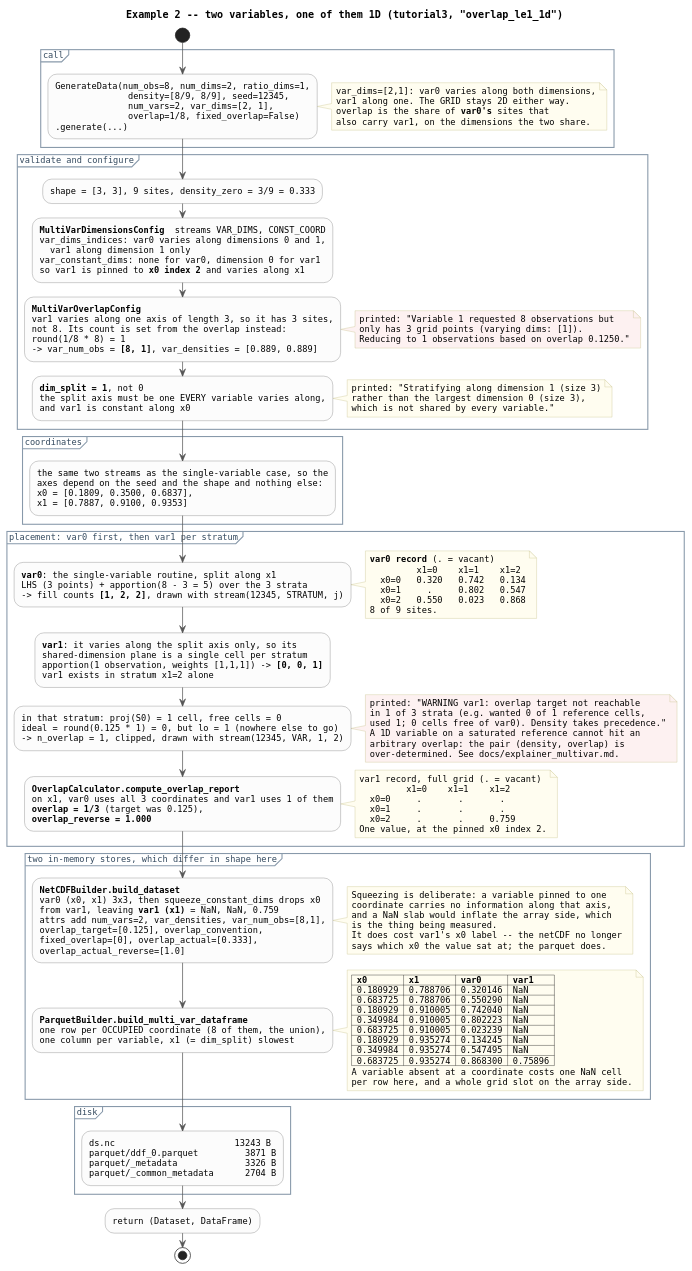
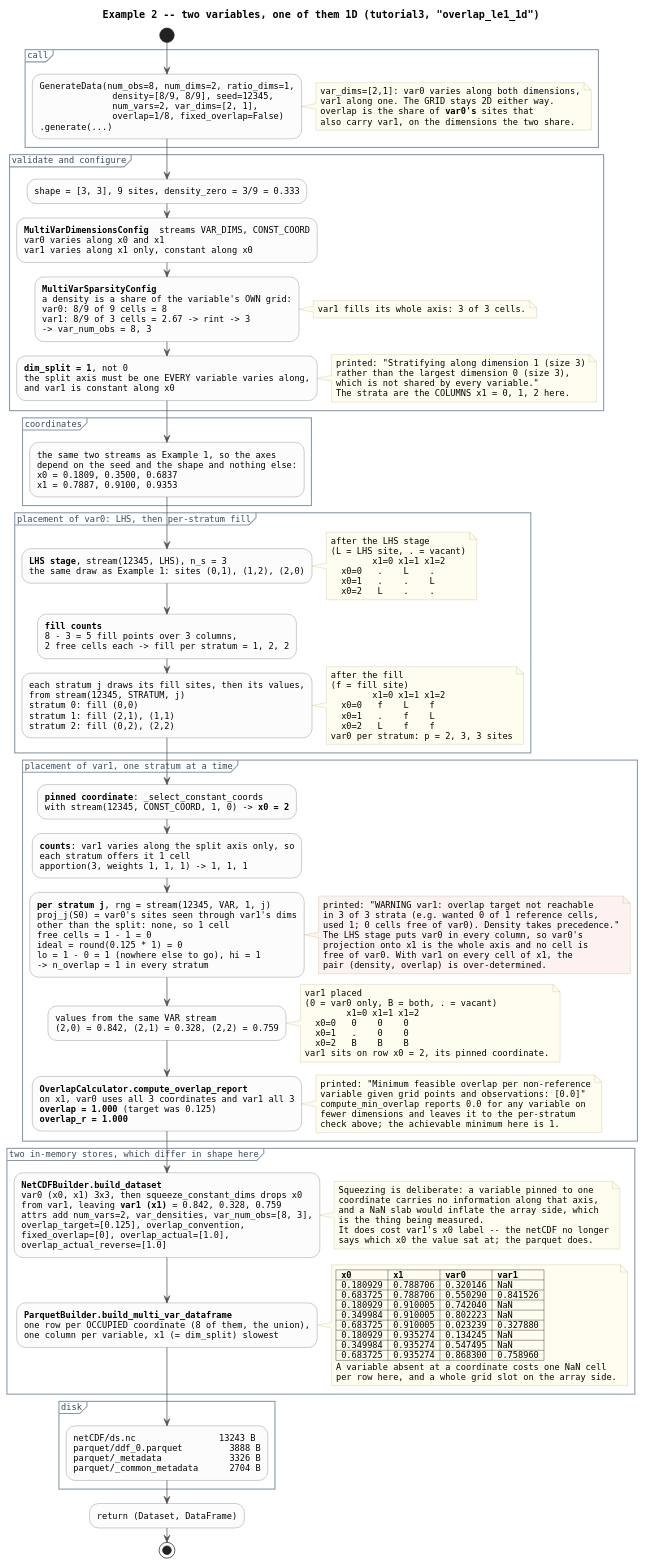
The diagram in docs/dataflow_example_multi_var.puml (boom-lab/tabray), drawn with PlantUML before and after one commit. The commit also changed 11 other files, not shown here.

Commit message:
update puml diagrams and add related notebooks

```diff
--- a/docs/dataflow_example_multi_var.puml
+++ b/docs/dataflow_example_multi_var.puml
@@ -2,6 +2,7 @@
 ' Worked example: notebooks/tutorial3.ipynb, case "overlap_le1_1d".
 ' Two variables on one 3x3 grid, the second varying along one dimension.
 ' Every number here is from an actual run of that case.
+' Grids: rows x0, columns x1, in index space.
 ' Render: plantuml docs/dataflow_example_multi_var.puml
 
 title Example 2 -- two variables, one of them 1D (tutorial3, "overlap_le1_1d")
@@ -44,20 +45,16 @@
   :shape = [3, 3], 9 sites, density_zero = 3/9 = 0.333;
 
   :<b>MultiVarDimensionsConfig</b>  streams VAR_DIMS, CONST_COORD
-  var_dims_indices: var0 varies along dimensions 0 and 1,
-    var1 along dimension 1 only
-  var_constant_dims: none for var0, dimension 0 for var1
-  so var1 is pinned to <b>x0 index 2</b> and varies along x1;
+  var0 varies along x0 and x1
+  var1 varies along x1 only, constant along x0;
 
-  :<b>MultiVarOverlapConfig</b>
-  var1 varies along one axis of length 3, so it has 3 sites,
-  not 8. Its count is set from the overlap instead:
-  round(1/8 * 8) = 1
-  -> var_num_obs = <b>[8, 1]</b>, var_densities = [0.889, 0.889];
-  note right #FDF1F1
-    printed: "Variable 1 requested 8 observations but
-    only has 3 grid points (varying dims: [1]).
-    Reducing to 1 observations based on overlap 0.1250."
+  :<b>MultiVarSparsityConfig</b>
+  a density is a share of the variable's OWN grid:
+  var0: 8/9 of 9 cells = 8
+  var1: 8/9 of 3 cells = 2.67 -> rint -> 3
+  -> var_num_obs = 8, 3;
+  note right
+    var1 fills its whole axis: 3 of 3 cells.
   end note
 
   :<b>dim_split = 1</b>, not 0
@@ -67,67 +64,106 @@
     printed: "Stratifying along dimension 1 (size 3)
     rather than the largest dimension 0 (size 3),
     which is not shared by every variable."
+    The strata are the COLUMNS x1 = 0, 1, 2 here.
   end note
 }
 
 partition "coordinates" {
-  :the same two streams as the single-variable case, so the
-  axes depend on the seed and the shape and nothing else:
-  x0 = [0.1809, 0.3500, 0.6837],
-  x1 = [0.7887, 0.9100, 0.9353];
+  :the same two streams as Example 1, so the axes
+  depend on the seed and the shape and nothing else:
+  x0 = 0.1809, 0.3500, 0.6837
+  x1 = 0.7887, 0.9100, 0.9353;
 }
 
-partition "placement: var0 first, then var1 per stratum" {
-  :<b>var0</b>: the single-variable routine, split along x1
-  LHS (3 points) + apportion(8 - 3 = 5) over the 3 strata
-  -> fill counts <b>[1, 2, 2]</b>, drawn with stream(12345, STRATUM, j);
+partition "placement of var0: LHS, then per-stratum fill" {
+  :<b>LHS stage</b>, stream(12345, LHS), n_s = 3
+  the same draw as Example 1: sites (0,1), (1,2), (2,0);
   note right
-    <b>var0 record</b> (. = vacant)
-             x1=0    x1=1    x1=2
-      x0=0   0.320   0.742   0.134
-      x0=1     .     0.802   0.547
-      x0=2   0.550   0.023   0.868
-    8 of 9 sites.
+    after the LHS stage
+    (L = LHS site, . = vacant)
+            x1=0 x1=1 x1=2
+      x0=0   .    L    .
+      x0=1   .    .    L
+      x0=2   L    .    .
   end note
 
-  :<b>var1</b>: it varies along the split axis only, so its
-  shared-dimension plane is a single cell per stratum
-  apportion(1 observation, weights [1,1,1]) -> <b>[0, 0, 1]</b>
-  var1 exists in stratum x1=2 alone;
+  :<b>fill counts</b>
+  8 - 3 = 5 fill points over 3 columns,
+  2 free cells each -> fill per stratum = 1, 2, 2;
 
-  :in that stratum: proj(S0) = 1 cell, free cells = 0
-  ideal = round(0.125 * 1) = 0, but lo = 1 (nowhere else to go)
-  -> n_overlap = 1, clipped, drawn with stream(12345, VAR, 1, 2);
+  :each stratum j draws its fill sites, then its values,
+  from stream(12345, STRATUM, j)
+  stratum 0: fill (0,0)
+  stratum 1: fill (2,1), (1,1)
+  stratum 2: fill (0,2), (2,2);
+  note right
+    after the fill
+    (f = fill site)
+            x1=0 x1=1 x1=2
+      x0=0   f    L    f
+      x0=1   .    f    L
+      x0=2   L    f    f
+    var0 per stratum: p = 2, 3, 3 sites
+  end note
+}
+
+partition "placement of var1, one stratum at a time" {
+  :<b>pinned coordinate</b>: _select_constant_coords
+  with stream(12345, CONST_COORD, 1, 0) -> <b>x0 = 2</b>;
+
+  :<b>counts</b>: var1 varies along the split axis only, so
+  each stratum offers it 1 cell
+  apportion(3, weights 1, 1, 1) -> 1, 1, 1;
+
+  :<b>per stratum j</b>, rng = stream(12345, VAR, 1, j)
+  proj_j(S0) = var0's sites seen through var1's dims
+  other than the split: none, so 1 cell
+  free cells = 1 - 1 = 0
+  ideal = round(0.125 * 1) = 0
+  lo = 1 - 0 = 1 (nowhere else to go), hi = 1
+  -> n_overlap = 1 in every stratum;
   note right #FDF1F1
     printed: "WARNING var1: overlap target not reachable
-    in 1 of 3 strata (e.g. wanted 0 of 1 reference cells,
+    in 3 of 3 strata (e.g. wanted 0 of 1 reference cells,
     used 1; 0 cells free of var0). Density takes precedence."
-    A 1D variable on a saturated reference cannot hit an
-    arbitrary overlap: the pair (density, overlap) is
-    over-determined. See docs/explainer_multivar.md.
+    The LHS stage puts var0 in every column, so var0's
+    projection onto x1 is the whole axis and no cell is
+    free of var0. With var1 on every cell of x1, the
+    pair (density, overlap) is over-determined.
+  end note
+
+  :values from the same VAR stream
+  (2,0) = 0.842, (2,1) = 0.328, (2,2) = 0.759;
+  note right
+    var1 placed
+    (0 = var0 only, B = both, . = vacant)
+            x1=0 x1=1 x1=2
+      x0=0   0    0    0
+      x0=1   .    0    0
+      x0=2   B    B    B
+    var1 sits on row x0 = 2, its pinned coordinate.
   end note
 
   :<b>OverlapCalculator.compute_overlap_report</b>
-  on x1, var0 uses all 3 coordinates and var1 uses 1 of them
-  <b>overlap = 1/3</b> (target was 0.125),
-  <b>overlap_reverse = 1.000</b>;
+  on x1, var0 uses all 3 coordinates and var1 all 3
+  <b>overlap = 1.000</b> (target was 0.125)
+  <b>overlap_r = 1.000</b>;
   note right
-    var1 record, full grid (. = vacant)
-             x1=0    x1=1    x1=2
-      x0=0     .       .       .
-      x0=1     .       .       .
-      x0=2     .       .     0.759
-    One value, at the pinned x0 index 2.
+    printed: "Minimum feasible overlap per non-reference
+    variable given grid points and observations: [0.0]"
+    compute_min_overlap reports 0.0 for any variable on
+    fewer dimensions and leaves it to the per-stratum
+    check above; the achievable minimum here is 1.
   end note
 }
 
 partition "two in-memory stores, which differ in shape here" {
   :<b>NetCDFBuilder.build_dataset</b>
   var0 (x0, x1) 3x3, then squeeze_constant_dims drops x0
-  from var1, leaving <b>var1 (x1)</b> = NaN, NaN, 0.759
-  attrs add num_vars=2, var_densities, var_num_obs=[8,1],
+  from var1, leaving <b>var1 (x1)</b> = 0.842, 0.328, 0.759
+  attrs add num_vars=2, var_densities, var_num_obs=[8, 3],
   overlap_target=[0.125], overlap_convention,
-  fixed_overlap=[0], overlap_actual=[0.333],
+  fixed_overlap=[0], overlap_actual=[1.0],
   overlap_actual_reverse=[1.0];
   note right
     Squeezing is deliberate: a variable pinned to one
@@ -144,21 +180,21 @@
   note right
     |= x0 |= x1 |= var0 |= var1 |
     | 0.180929 | 0.788706 | 0.320146 | NaN |
-    | 0.683725 | 0.788706 | 0.550290 | NaN |
+    | 0.683725 | 0.788706 | 0.550290 | 0.841526 |
     | 0.180929 | 0.910005 | 0.742040 | NaN |
     | 0.349984 | 0.910005 | 0.802223 | NaN |
-    | 0.683725 | 0.910005 | 0.023239 | NaN |
+    | 0.683725 | 0.910005 | 0.023239 | 0.327880 |
     | 0.180929 | 0.935274 | 0.134245 | NaN |
     | 0.349984 | 0.935274 | 0.547495 | NaN |
-    | 0.683725 | 0.935274 | 0.868300 | 0.75896 |
+    | 0.683725 | 0.935274 | 0.868300 | 0.758960 |
     A variable absent at a coordinate costs one NaN cell
     per row here, and a whole grid slot on the array side.
   end note
 }
 
 partition "disk" {
-  :ds.nc                       13243 B
-  parquet/ddf_0.parquet         3871 B
+  :netCDF/ds.nc                13243 B
+  parquet/ddf_0.parquet         3888 B
   parquet/_metadata             3326 B
   parquet/_common_metadata      2704 B;
 }
```
